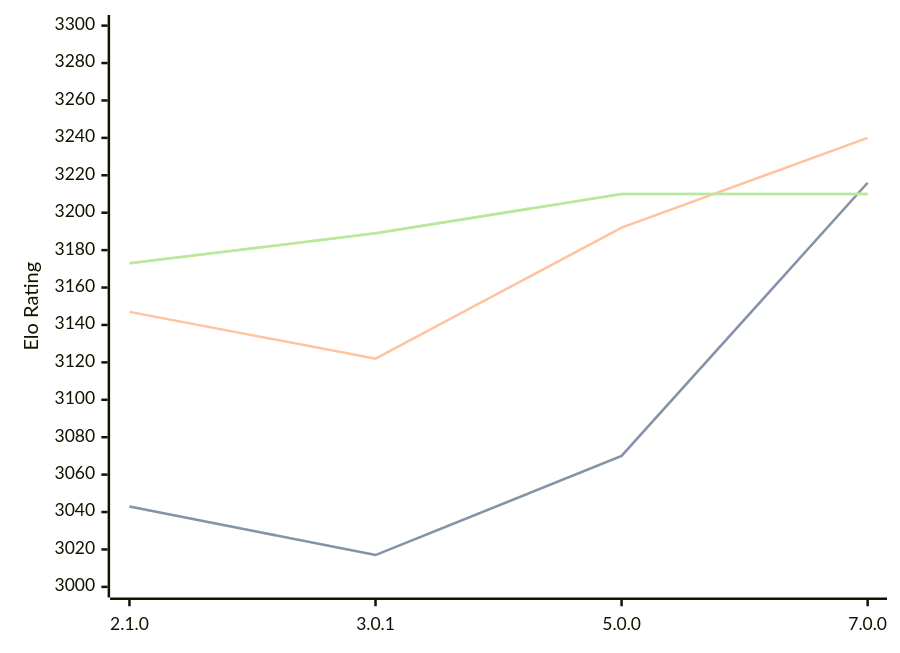
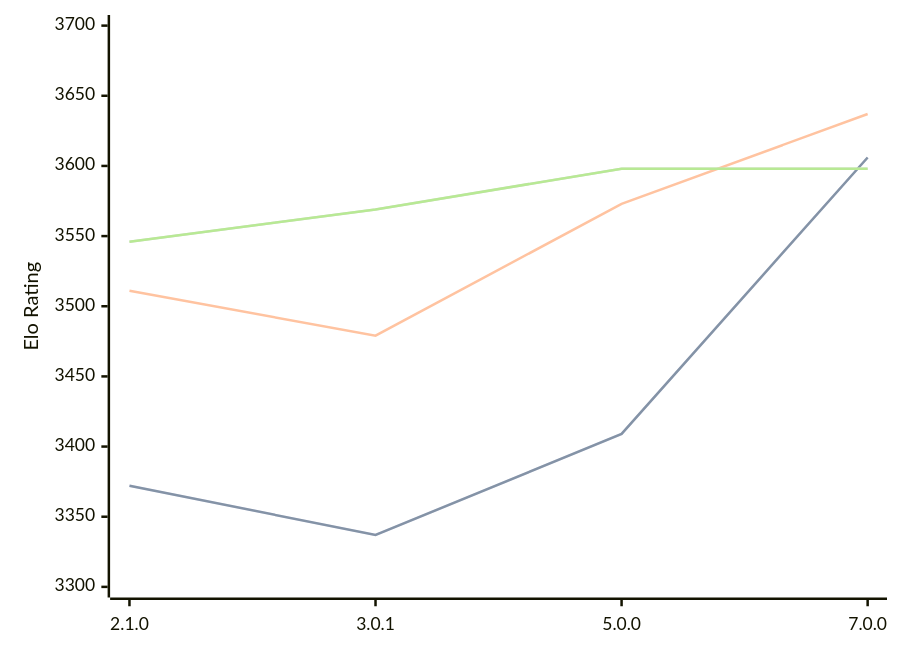
The diagram in engines/PlentyChess.md (computer-chess-index/cci), drawn with Mermaid before and after one commit. The commit also changed other lines of this file, not shown here.

Commit message:
Update CCI Ratings (ELO VLTC) - 2026-02-24

````diff
--- a/engines/PlentyChess.md
+++ b/engines/PlentyChess.md
@@ -42,11 +43,11 @@
 ```mermaid
 %%{init: {"theme":"base","themeVariables":{"seriesColors:['#a3a3a3','#222221','#faa371']}}}%%
 xychart-beta
   x-axis ["2.1.0", "3.0.1", "5.0.0", "7.0.0"]
-  y-axis "Elo Rating" 3000 --> 3300
-  line "STC (8.0+0.08s)" [3043, 3017, 3070, 3216]
-  line "STC (8.0+0.08s)" [3043, 3017, 3070, 3216]
-  line "LTC (60.0+0.60s)" [3147, 3122, 3192, 3240]
-  line "VLTC (2m24s+1.12s)" [3173, 3189, 3210, 3210]
-  line "VLTC (2m24s+1.12s)" [3173, 3189, 3210, 3210]
+  y-axis "Elo Rating" 3300 --> 3700
+  line "STC (8.0+0.08s)" [3372, 3337, 3409, 3606]
+  line "STC (8.0+0.08s)" [3372, 3337, 3409, 3606]
+  line "LTC (60.0+0.60s)" [3511, 3479, 3573, 3637]
+  line "VLTC (2m24s+1.12s)" [3546, 3569, 3598, 3598]
+  line "VLTC (2m24s+1.12s)" [3546, 3569, 3598, 3598]
 ```
````
